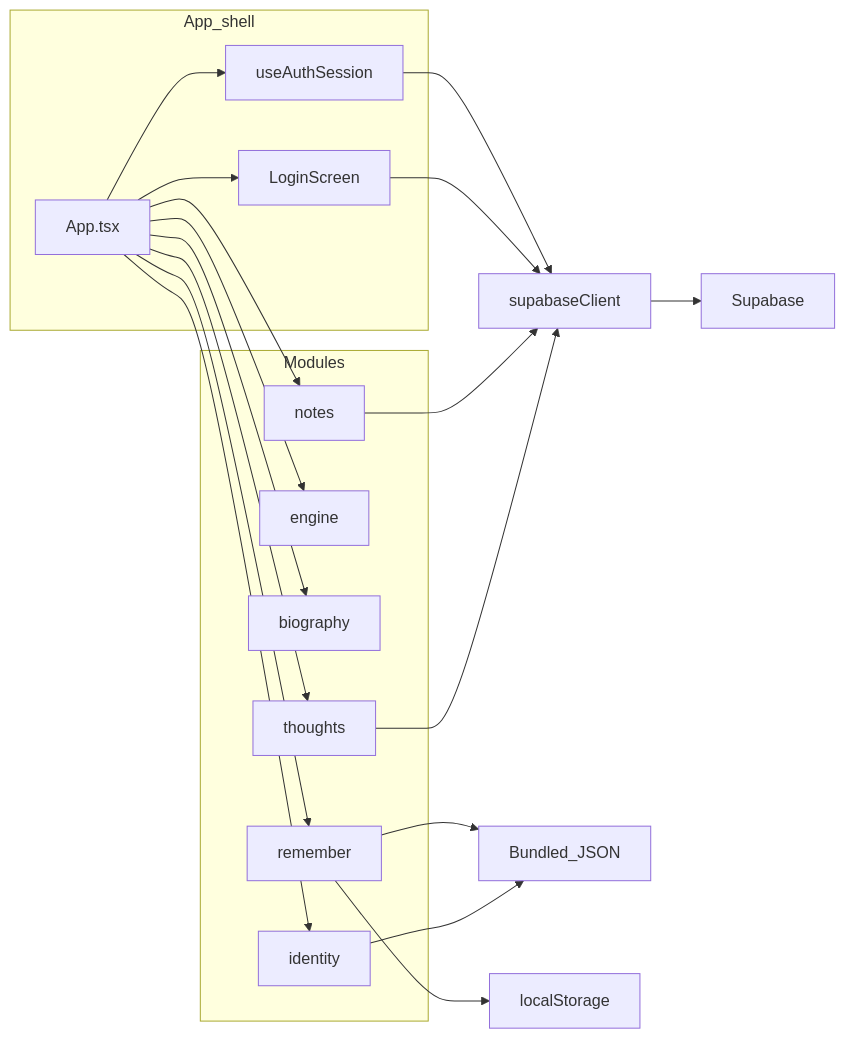
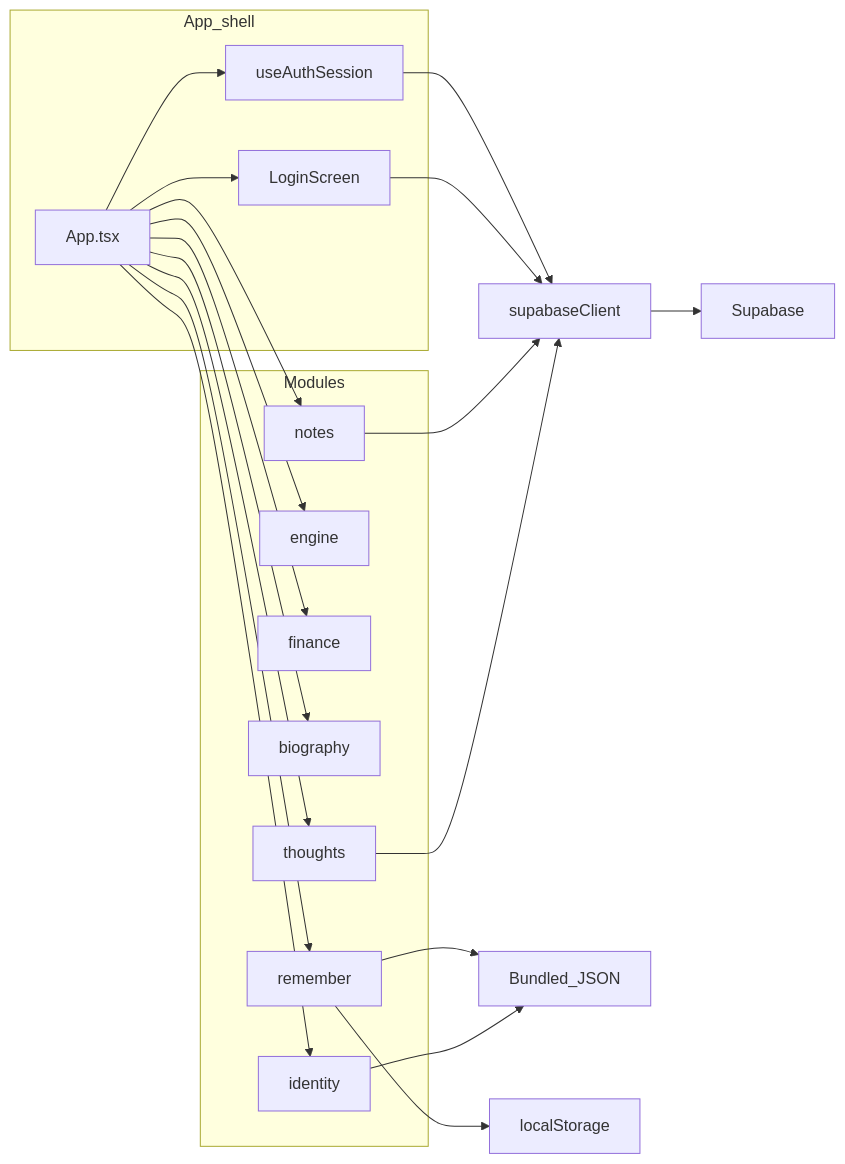
The second of 11 diagrams in docs/ARCHITECTURE.md (akgupta2002D/secondbrain2_0), drawn with Mermaid before and after one commit. The commit also changed other lines of this file and 13 other files, not shown here.

````diff
--- a/docs/ARCHITECTURE.md
+++ b/docs/ARCHITECTURE.md
@@ -33,39 +33,41 @@
 ```mermaid
 flowchart LR
   subgraph shell [App_shell]
     app[App.tsx]
     authHook[useAuthSession]
     login[LoginScreen]
   end
 
   subgraph mods [Modules]
     notes[notes]
     engine[engine]
+    finance[finance]
     biography[biography]
     thoughts[thoughts]
     remember[remember]
     identity[identity]
   end
 
   client[supabaseClient]
   sb[Supabase]
   json[Bundled_JSON]
   ls[localStorage]
 
   app --> authHook
   app --> login
   app --> notes
   app --> engine
+  app --> finance
   app --> biography
   app --> thoughts
   app --> remember
   app --> identity
   authHook --> client
   login --> client
   notes --> client
   thoughts --> client
   client --> sb
   remember --> json
   remember --> ls
   identity --> json
 ```
````
